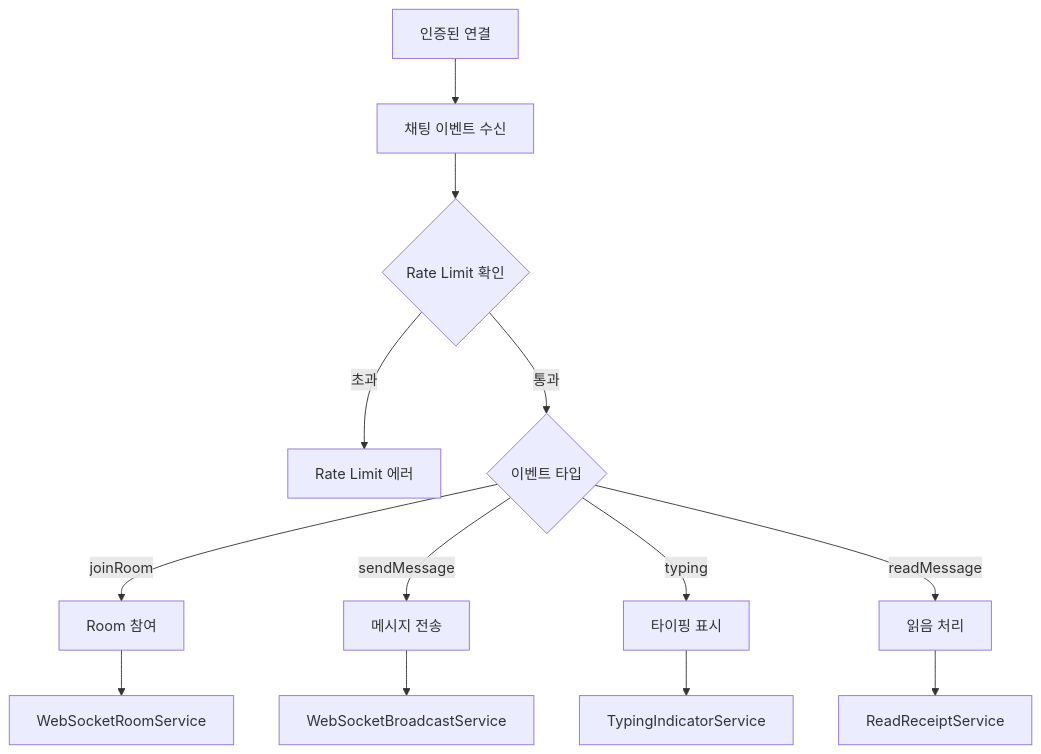
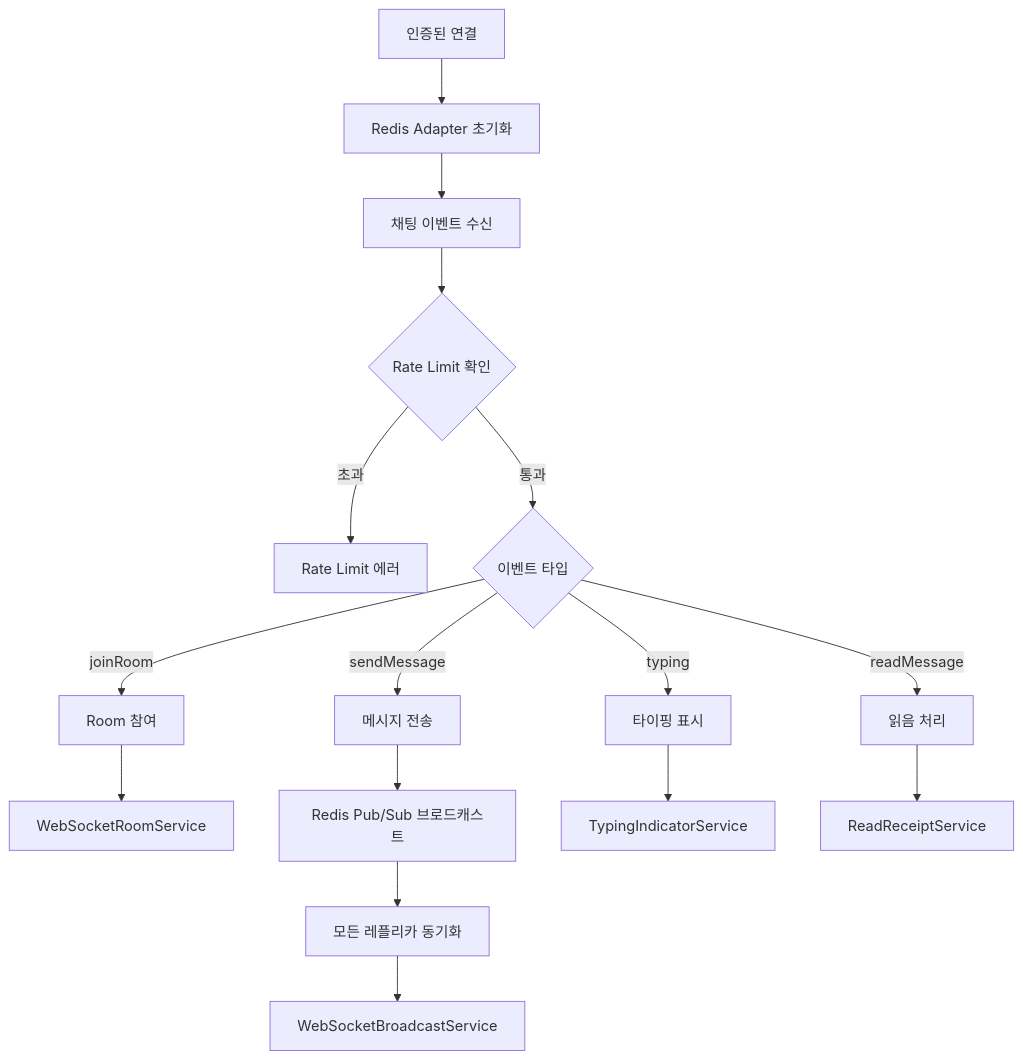
Before and after one commit to maximizest/connecto-nest: diagram 22 of 35 in .md/flow.md, drawn with Mermaid. The commit also changed other lines of this file and 7 other files, not shown here.

Commit message:
WebSocket 기능 개선: Redis Adapter를 추가하여 멀티 레플리카 지원을 구현하고, 관련 서비스 및 문서를 업데이트함. WebSocket 연결 관리 및 메시지 동기화 기능을 강화하여 실시간 통신의 안정성을 높임.

````diff
--- a/.md/flow.md
+++ b/.md/flow.md
@@ -823,18 +825,22 @@
 ```mermaid
 graph TD
-    A[인증된 연결] --> B[채팅 이벤트 수신]
-    B --> C{Rate Limit 확인}
+    A[인증된 연결] --> B[Redis Adapter 초기화]
+    B --> C[채팅 이벤트 수신]
+    C --> D{Rate Limit 확인}
     
-    C -->|초과| D[Rate Limit 에러]
-    C -->|통과| E{이벤트 타입}
+    D -->|초과| E[Rate Limit 에러]
+    D -->|통과| F{이벤트 타입}
     
-    E -->|joinRoom| F[Room 참여]
-    E -->|sendMessage| G[메시지 전송]
-    E -->|typing| H[타이핑 표시]
-    E -->|readMessage| I[읽음 처리]
+    F -->|joinRoom| G[Room 참여]
+    F -->|sendMessage| H[메시지 전송]
+    F -->|typing| I[타이핑 표시]
+    F -->|readMessage| J[읽음 처리]
     
-    F --> J[WebSocketRoomService]
-    G --> K[WebSocketBroadcastService]
-    H --> L[TypingIndicatorService]
-    I --> M[ReadReceiptService]
+    G --> K[WebSocketRoomService]
+    H --> L[Redis Pub/Sub 브로드캐스트]
+    I --> M[TypingIndicatorService]
+    J --> N[ReadReceiptService]
+    
+    L --> O[모든 레플리카 동기화]
+    O --> P[WebSocketBroadcastService]
 ```
````
